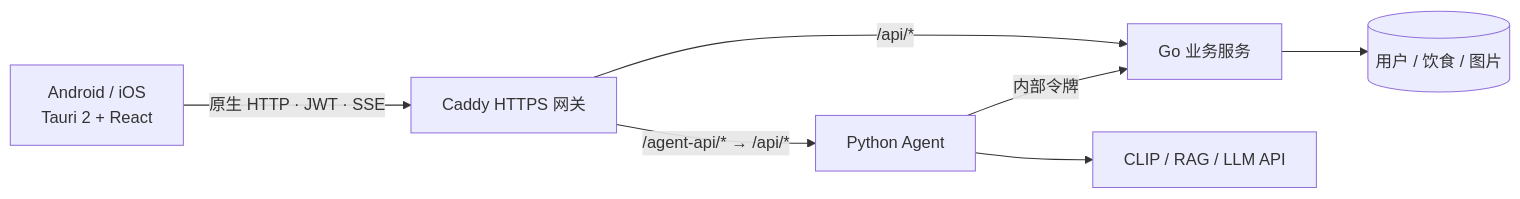
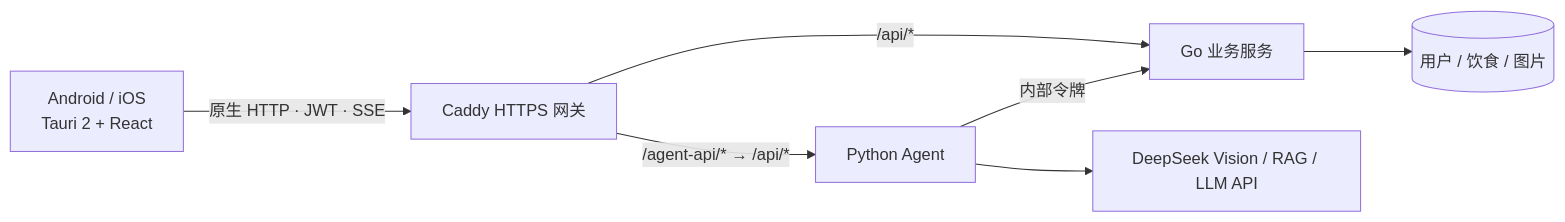
Before and after one commit to Green-hats/NutriGo: the diagram in docs/MOBILE.md, drawn with Mermaid. The commit also changed other lines of this file and 27 other files, not shown here.

Commit message:
feat: analyze meal photos with DeepSeek V4.1 and confirm multiple foods

````diff
--- a/docs/MOBILE.md
+++ b/docs/MOBILE.md
@@ -5,9 +5,9 @@
 ```mermaid
 flowchart LR
     App[Android / iOS\nTauri 2 + React] -->|原生 HTTP · JWT · SSE| Gateway[Caddy HTTPS 网关]
     Gateway -->|/api/*| Go[Go 业务服务]
     Gateway -->|/agent-api/* → /api/*| Agent[Python Agent]
     Agent -->|内部令牌| Go
     Go --> Data[(用户 / 饮食 / 图片)]
-    Agent --> AI[CLIP / RAG / LLM API]
+    Agent --> AI[DeepSeek Vision / RAG / LLM API]
 ```
````
